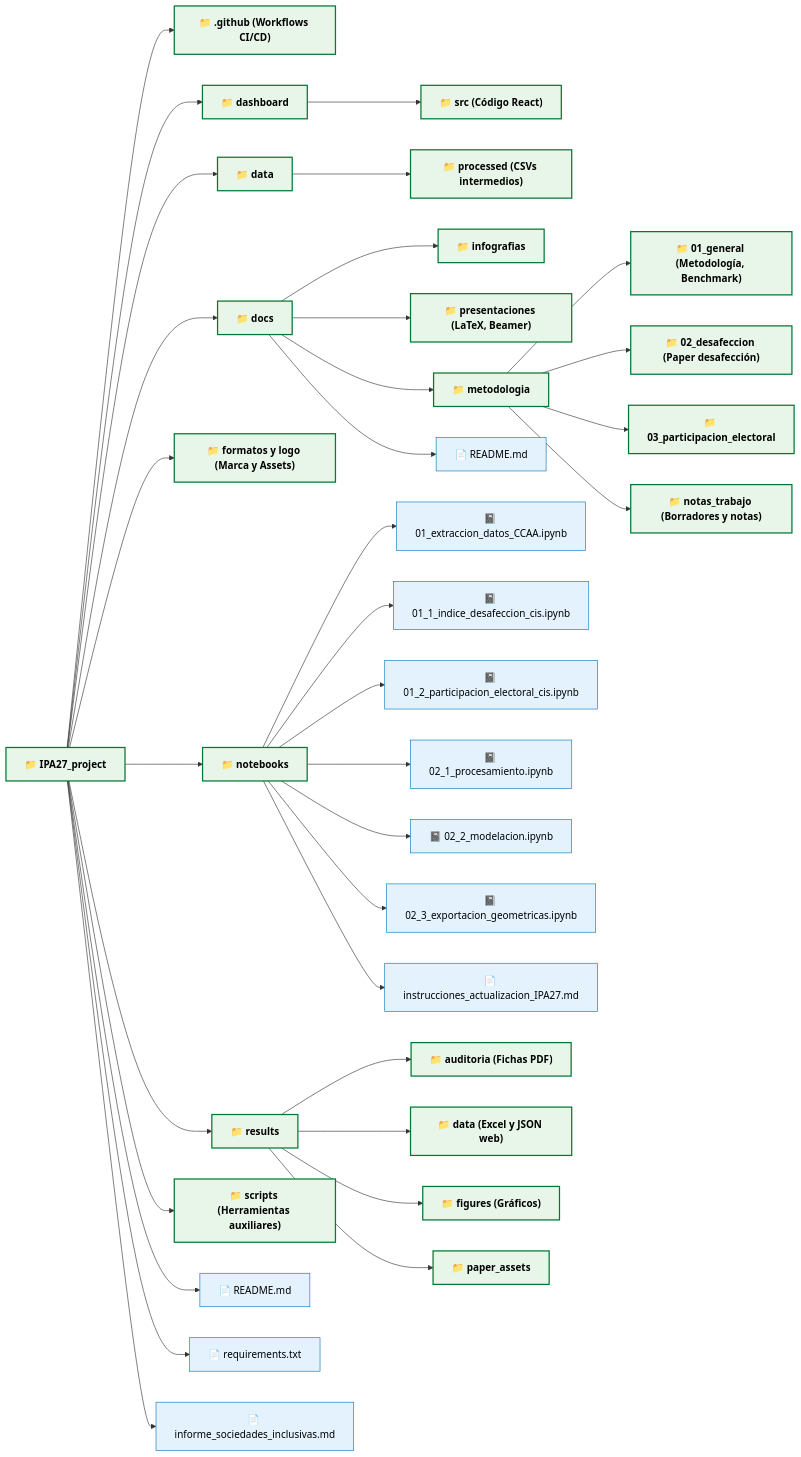
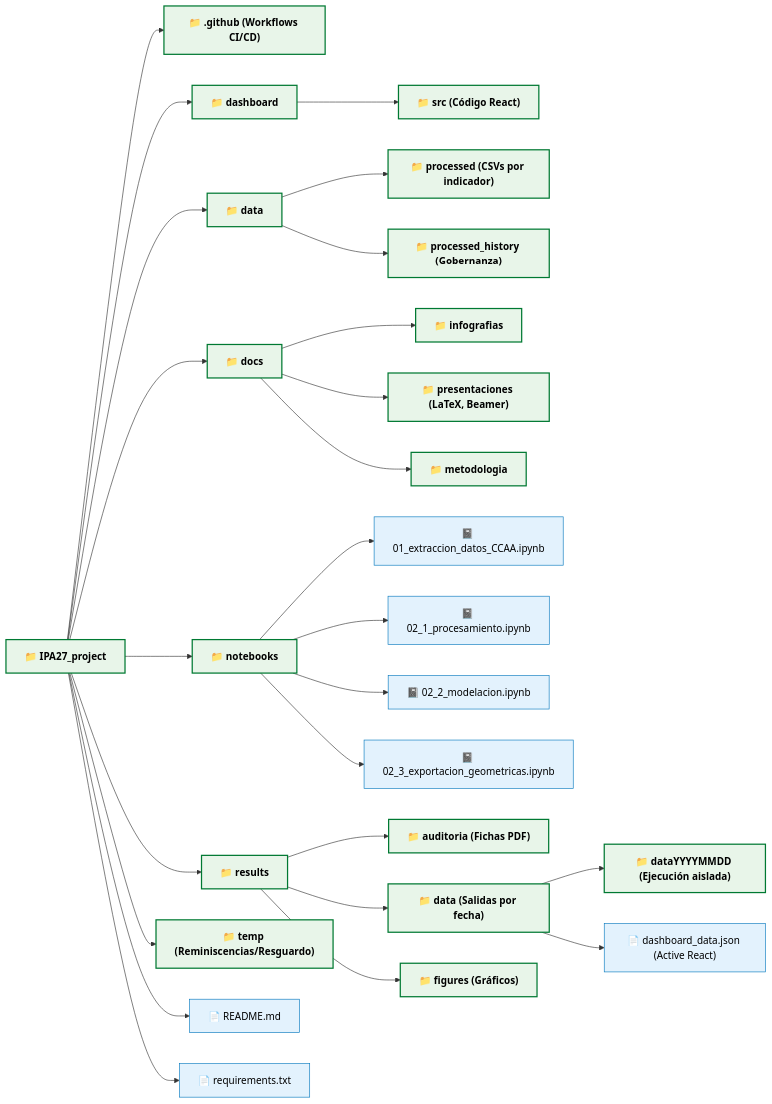
One commit to mhidper/IPA27_project changed the diagram in README.md. Above: the diagram before and after it, drawn with Mermaid. The commit also changed other lines of this file and 3 other files, not shown here.

Commit message:
docs: actualizar README.md con nueva estructura de salidas por fecha dataYYYYMMDD y sincronizacion web

````diff
--- a/README.md
+++ b/README.md
@@ -70,47 +75,38 @@
 ```mermaid
 graph LR
     classDef default fill:#f9f9f9,stroke:#333,stroke-width:1px,color:#000;
     classDef folder fill:#e8f5e9,stroke:#007932,stroke-width:2px,font-weight:bold,color:#000;
     classDef file fill:#e3f2fd,stroke:#0277bd,stroke-width:1px,color:#000;
     
     Root["📁 IPA27_project"]:::folder
     
     Root --> GitHub["📁 .github (Workflows CI/CD)"]:::folder
     Root --> Dash["📁 dashboard"]:::folder
     Dash --> DashSrc["📁 src (Código React)"]:::folder
     
     Root --> Data["📁 data"]:::folder
-    Data --> DataProc["📁 processed (CSVs intermedios)"]:::folder
+    Data --> DataProc["📁 processed (CSVs por indicador)"]:::folder
+    Data --> DataHist["📁 processed_history (Gobernanza)"]:::folder
     
     Root --> Docs["📁 docs"]:::folder
     Docs --> DocsInfo["📁 infografias"]:::folder
     Docs --> DocsPres["📁 presentaciones (LaTeX, Beamer)"]:::folder
     Docs --> DocsMet["📁 metodologia"]:::folder
-    DocsMet --> DocsMetGen["📁 01_general (Metodología, Benchmark)"]:::folder
-    DocsMet --> DocsMetDes["📁 02_desafeccion (Paper desafección)"]:::folder
-    DocsMet --> DocsMetEle["📁 03_participacion_electoral"]:::folder
-    DocsMet --> DocsMetNot["📁 notas_trabajo (Borradores y notas)"]:::folder
-    Docs --> DocsReadme["📄 README.md"]:::file
-    
-    Root --> Format["📁 formatos y logo (Marca y Assets)"]:::folder
     
     Root --> Notebooks["📁 notebooks"]:::folder
     Notebooks --> NbExt["📓 01_extraccion_datos_CCAA.ipynb"]:::file
-    Notebooks --> NbDes["📓 01_1_indice_desafeccion_cis.ipynb"]:::file
-    Notebooks --> NbPar["📓 01_2_participacion_electoral_cis.ipynb"]:::file
     Notebooks --> NbP1["📓 02_1_procesamiento.ipynb"]:::file
     Notebooks --> NbP2["📓 02_2_modelacion.ipynb"]:::file
     Notebooks --> NbP3["📓 02_3_exportacion_geometricas.ipynb"]:::file
-    Notebooks --> NbInst["📄 instrucciones_actualizacion_IPA27.md"]:::file
     
     Root --> Results["📁 results"]:::folder
     Results --> ResAud["📁 auditoria (Fichas PDF)"]:::folder
-    Results --> ResData["📁 data (Excel y JSON web)"]:::folder
+    Results --> ResData["📁 data (Salidas por fecha)"]:::folder
+    ResData --> ResDate["📁 dataYYYYMMDD (Ejecución aislada)"]:::folder
+    ResData --> ResJson["📄 dashboard_data.json (Active React)"]:::file
     Results --> ResFigs["📁 figures (Gráficos)"]:::folder
-    Results --> ResPap["📁 paper_assets"]:::folder
     
-    Root --> Scripts["📁 scripts (Herramientas auxiliares)"]:::folder
+    Root --> Temp["📁 temp (Reminiscencias/Resguardo)"]:::folder
     Root --> RootReadme["📄 README.md"]:::file
     Root --> Req["📄 requirements.txt"]:::file
-    Root --> InfSoc["📄 informe_sociedades_inclusivas.md"]:::file
 ```
````
